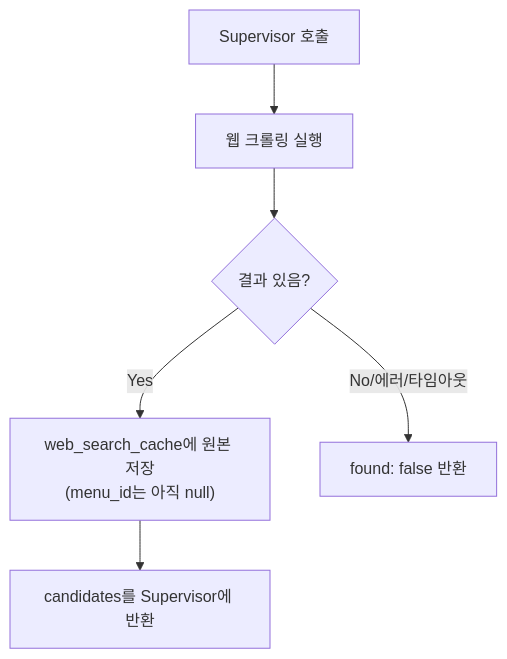
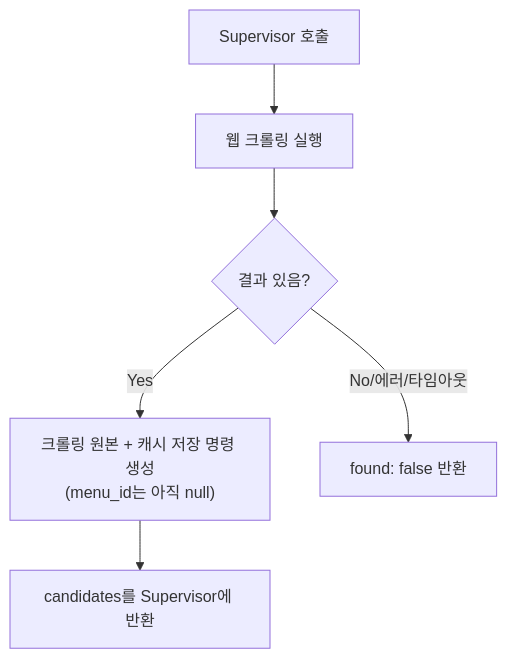
The second of 5 diagrams in docs/agent-6-7-websearch-dbupdate.md (Han-Spoon/ai), drawn with Mermaid before and after one commit. The commit also changed other lines of this file and 8 other files, not shown here.

````diff
--- a/docs/agent-6-7-websearch-dbupdate.md
+++ b/docs/agent-6-7-websearch-dbupdate.md
@@ -77,8 +78,8 @@
 ```mermaid
 flowchart TD
     S[Supervisor 호출] --> Q[웹 크롤링 실행]
     Q --> R{결과 있음?}
-    R -->|Yes| C["web_search_cache에 원본 저장<br/>(menu_id는 아직 null)"]
+    R -->|Yes| C["크롤링 원본 + 캐시 저장 명령 생성<br/>(menu_id는 아직 null)"]
     R -->|No/에러/타임아웃| F["found: false 반환"]
     C --> OUT["candidates를 Supervisor에 반환"]
 ```
````
